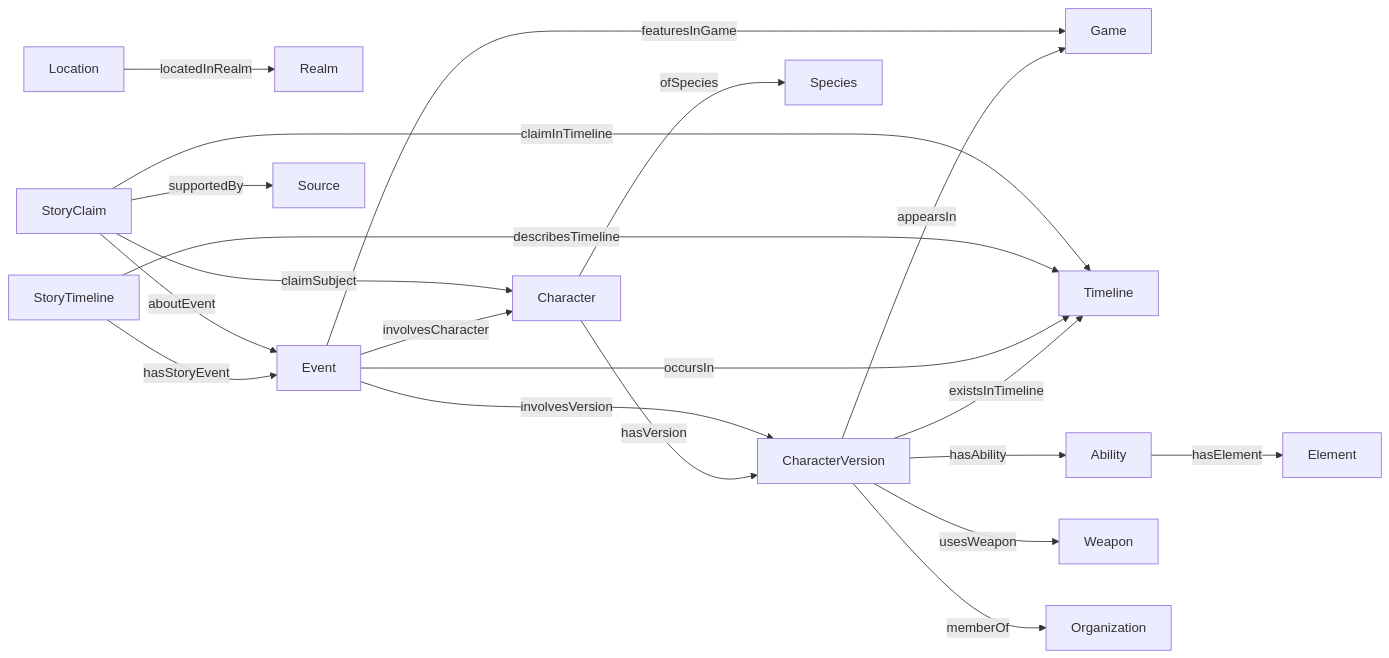
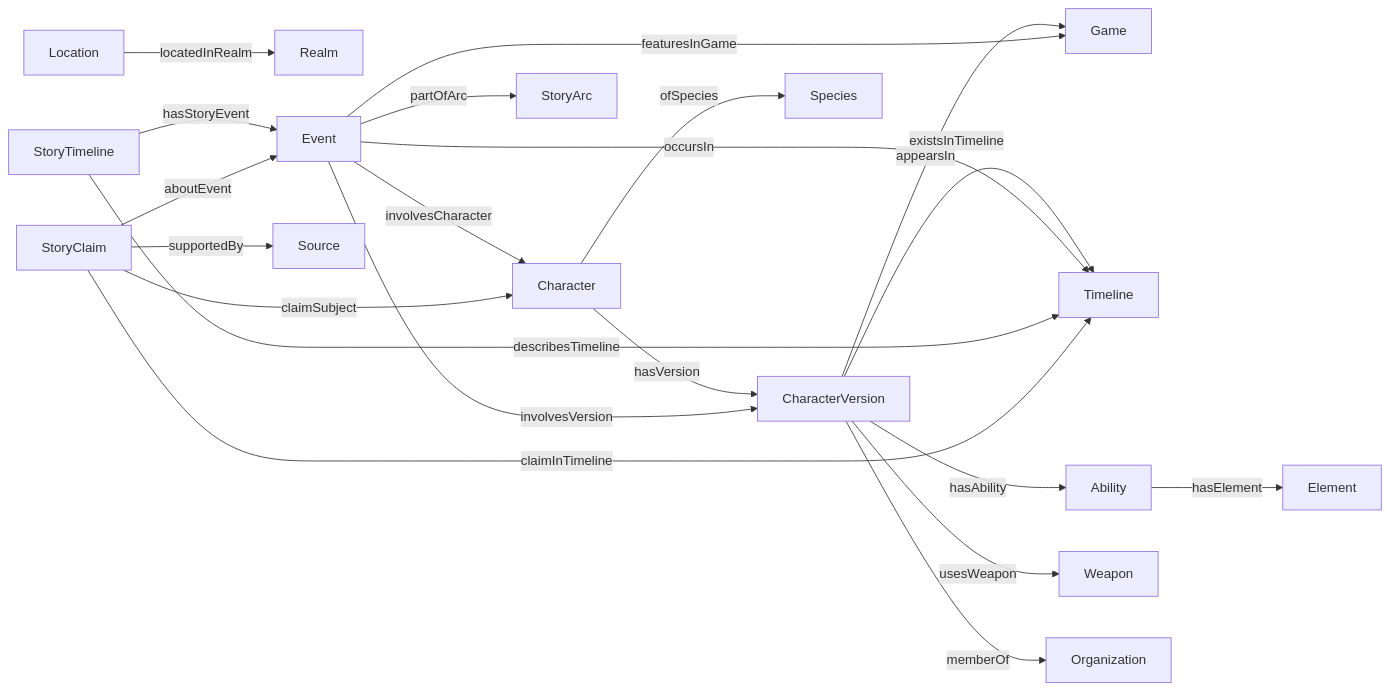
One commit to acumalaka-tzy/TUBES-WS-KELOMPOK-3 changed the diagram in knowledge-base/docs/ONTOLOGY.md. Above: the diagram before and after it, drawn with Mermaid. The commit also changed other lines of this file and 28 other files, not shown here.

````diff
--- a/knowledge-base/docs/ONTOLOGY.md
+++ b/knowledge-base/docs/ONTOLOGY.md
@@ -122,22 +124,23 @@
 ```mermaid
 flowchart LR
     Character -->|hasVersion| CharacterVersion
     CharacterVersion -->|appearsIn| Game
     CharacterVersion -->|existsInTimeline| Timeline
     CharacterVersion -->|hasAbility| Ability
     Ability -->|hasElement| Element
     CharacterVersion -->|usesWeapon| Weapon
     CharacterVersion -->|memberOf| Organization
     Character -->|ofSpecies| Species
     Location -->|locatedInRealm| Realm
     Event -->|involvesCharacter| Character
     Event -->|involvesVersion| CharacterVersion
     Event -->|occursIn| Timeline
     Event -->|featuresInGame| Game
+    Event -->|partOfArc| StoryArc
     StoryTimeline -->|hasStoryEvent| Event
     StoryTimeline -->|describesTimeline| Timeline
     StoryClaim -->|aboutEvent| Event
     StoryClaim -->|claimSubject| Character
     StoryClaim -->|claimInTimeline| Timeline
     StoryClaim -->|supportedBy| Source
 ```
````
